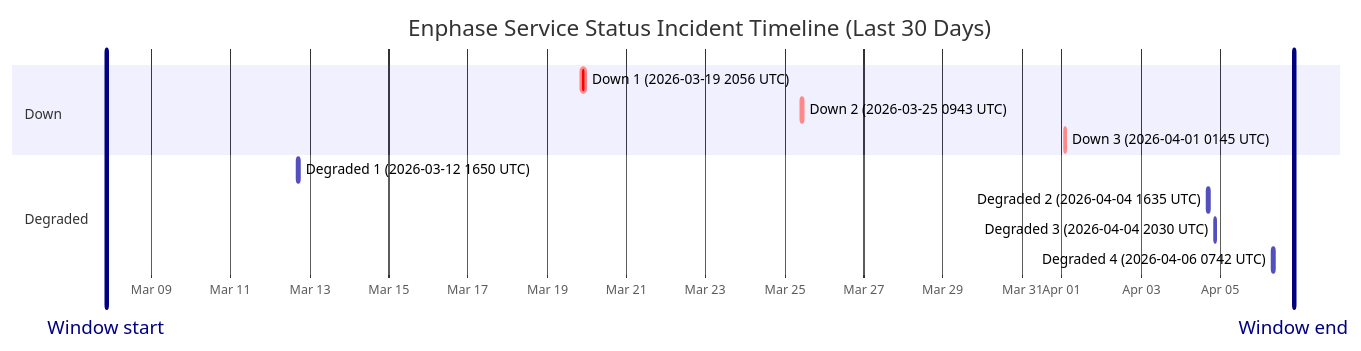
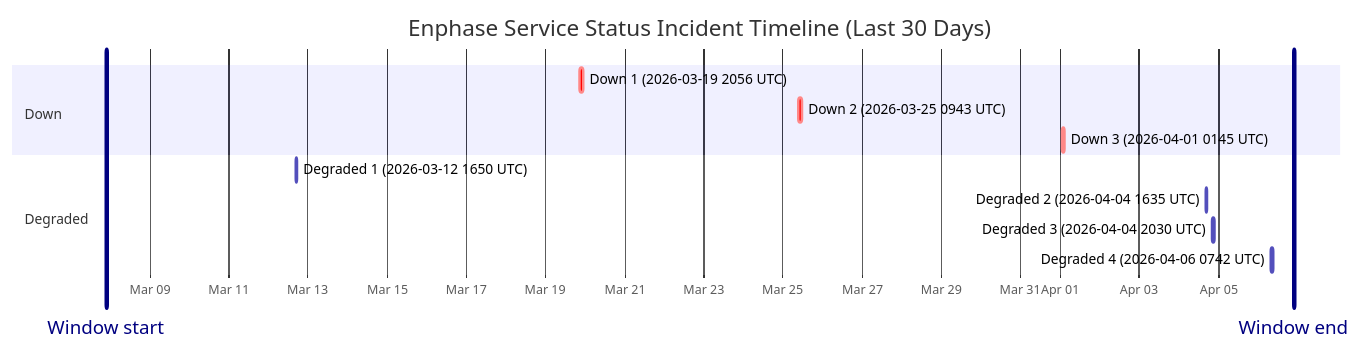
One commit to barneyonline/ha-enphase-ev-charger changed the diagram in wiki/Service-Status-History.md. Above: the diagram before and after it, drawn with Mermaid. The commit also changed other lines of this file and 3 other files, not shown here.

````diff
--- a/wiki/Service-Status-History.md
+++ b/wiki/Service-Status-History.md
@@ -14,17 +14,17 @@
 ```mermaid
 gantt
     title Enphase Service Status Incident Timeline (Last 30 Days)
     dateFormat  YYYY-MM-DDTHH:mm:ss
     axisFormat  %b %d
-    Window start :vert, window-start, 2026-03-07T20:36:56, 0ms
-    Window end :vert, window-end, 2026-04-06T20:36:56, 0ms
+    Window start :vert, window-start, 2026-03-07T21:37:08, 0ms
+    Window end :vert, window-end, 2026-04-06T21:37:08, 0ms
     section Down
     Down 1 (2026-03-19 2056 UTC) :crit, down-1, 2026-03-19T20:56:20, 145m
     Down 2 (2026-03-25 0943 UTC) :crit, down-2, 2026-03-25T09:43:28, 111m
     Down 3 (2026-04-01 0145 UTC) :crit, down-3, 2026-04-01T01:45:09, 60m
     section Degraded
     Degraded 1 (2026-03-12 1650 UTC) :active, degraded-1, 2026-03-12T16:50:43, 60m
     Degraded 2 (2026-04-04 1635 UTC) :active, degraded-2, 2026-04-04T16:35:17, 60m
     Degraded 3 (2026-04-04 2030 UTC) :active, degraded-3, 2026-04-04T20:30:40, 60m
     Degraded 4 (2026-04-06 0742 UTC) :active, degraded-4, 2026-04-06T07:42:09, 85m
 ```
````
